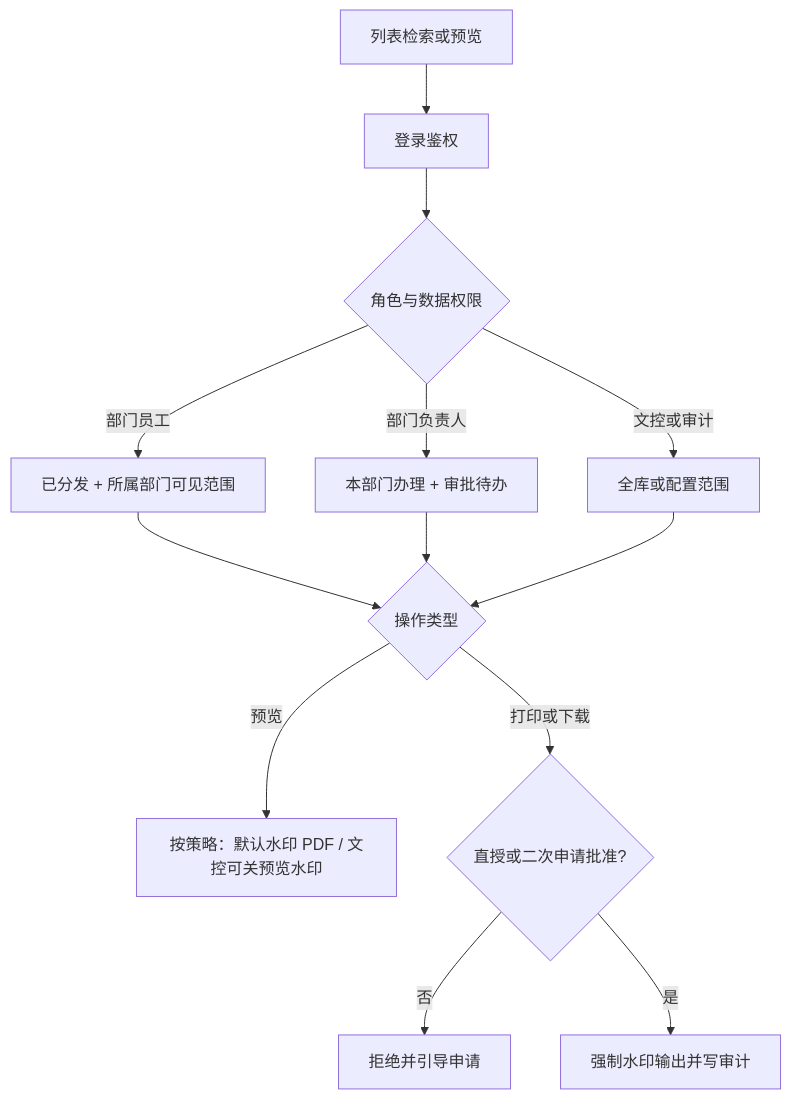
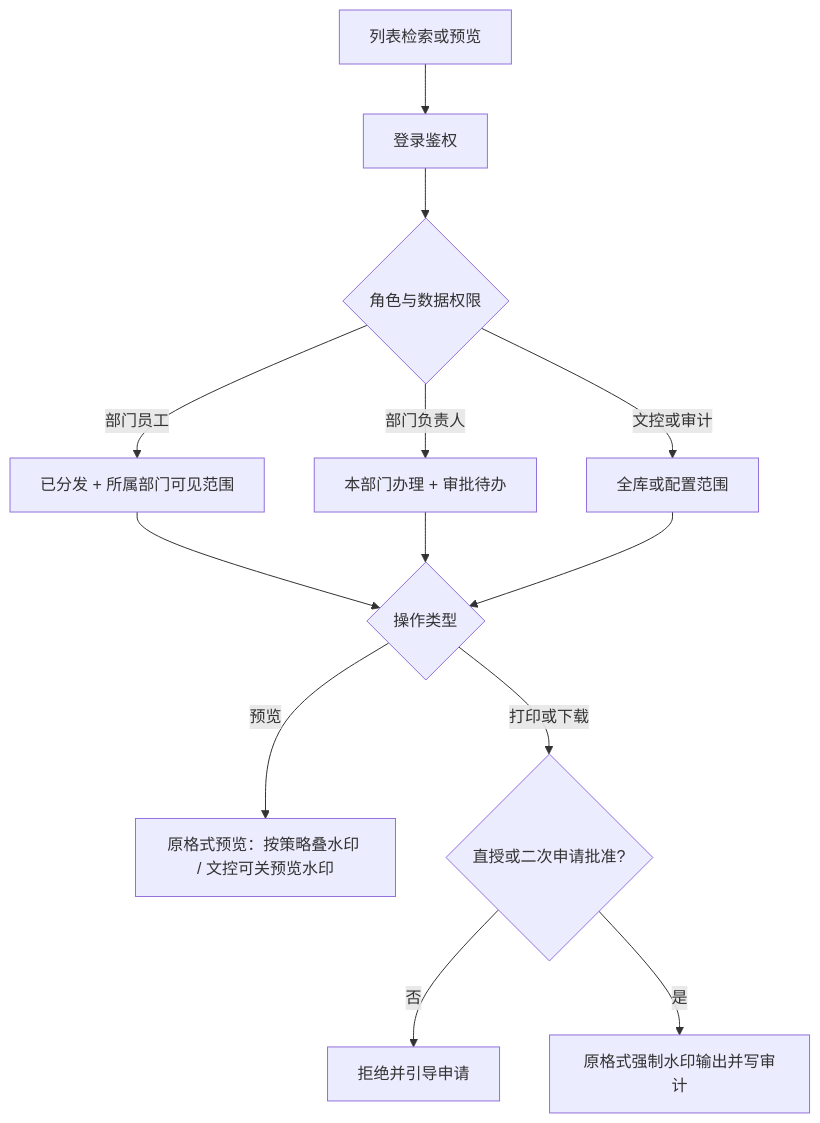
Before and after one commit to Judy2-19/Documents_tests_mock: diagram 17 of 19 in DCC文控系统-需求说明书-V1.md, drawn with Mermaid. The commit also changed other lines of this file and 19 other files, not shown here.

````diff
--- a/DCC文控系统-需求说明书-V1.md
+++ b/DCC文控系统-需求说明书-V1.md
@@ -1991,15 +1995,15 @@
 ```mermaid
 flowchart TD
   A[列表检索或预览] --> B[登录鉴权]
   B --> C{角色与数据权限}
   C -->|部门员工| D[已分发 + 所属部门可见范围]
   C -->|部门负责人| E[本部门办理 + 审批待办]
   C -->|文控或审计| F[全库或配置范围]
   D --> G{操作类型}
   E --> G
   F --> G
-  G -->|预览| H[按策略：默认水印 PDF / 文控可关预览水印]
+  G -->|预览| H[原格式预览：按策略叠水印 / 文控可关预览水印]
   G -->|打印或下载| I{直授或二次申请批准?}
   I -->|否| J[拒绝并引导申请]
-  I -->|是| K[强制水印输出并写审计]
+  I -->|是| K[原格式强制水印输出并写审计]
 ```
````
